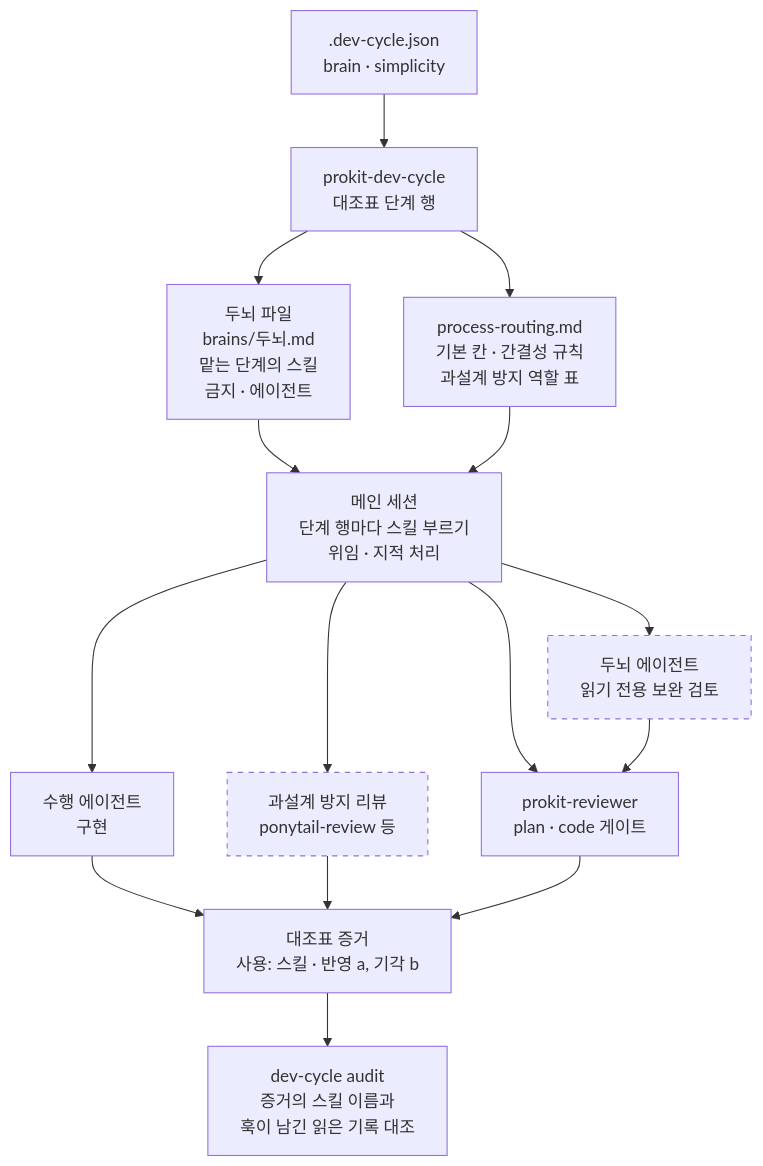
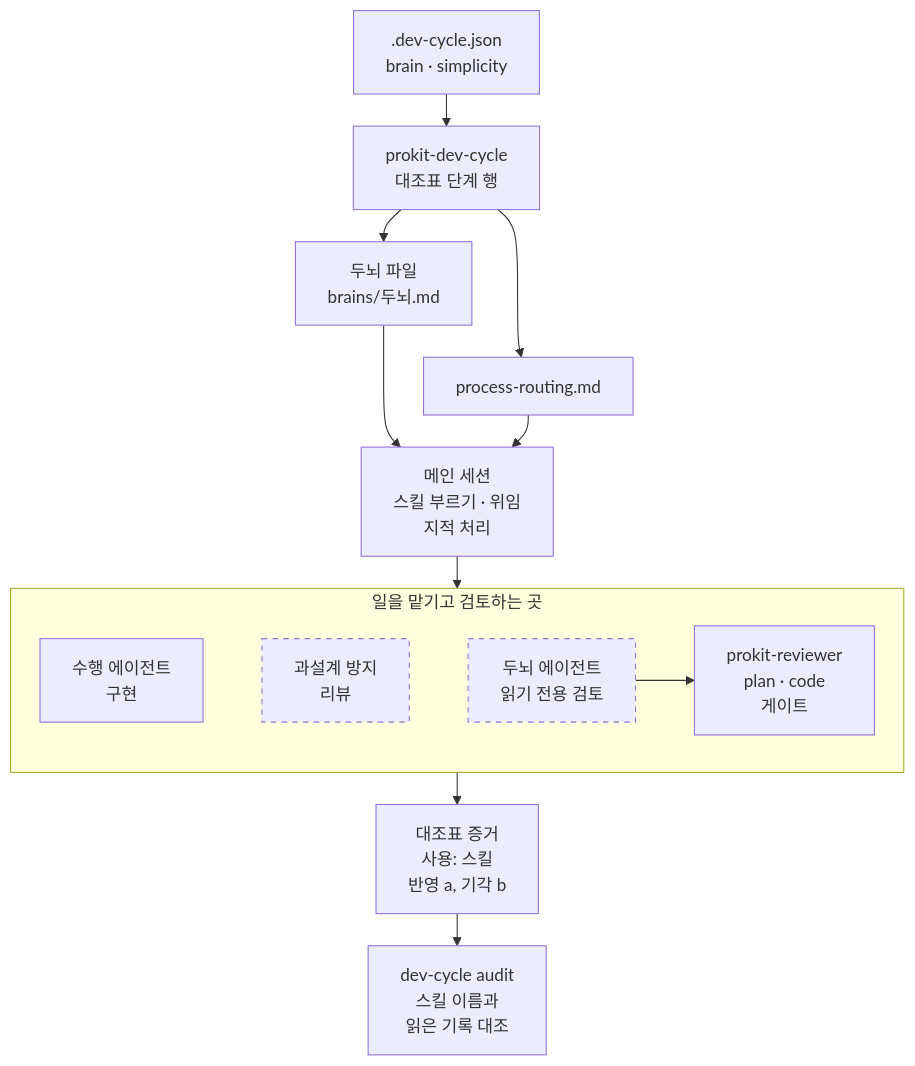
Before and after one commit to roadkwon-ai/pro-kit: the second of 12 diagrams in handbook/skills/brain-flow.md, drawn with Mermaid. The commit also changed other lines of this file and 26 other files, not shown here.

````diff
--- a/handbook/skills/brain-flow.md
+++ b/handbook/skills/brain-flow.md
@@ -39,24 +39,28 @@
 ```mermaid
 ---
 config:
   flowchart:
-    wrappingWidth: 190
+    wrappingWidth: 150
+    rankSpacing: 30
 ---
 flowchart TB
   CFG[".dev-cycle.json<br/>brain · simplicity"] --> DC["prokit-dev-cycle<br/>대조표 단계 행"]
-  DC --> BF["두뇌 파일<br/>brains/두뇌.md<br/>맡는 단계의 스킬<br/>금지 · 에이전트"]
-  DC --> PRT["process-routing.md<br/>기본 칸 · 간결성 규칙<br/>과설계 방지 역할 표"]
-  BF --> MAIN["메인 세션<br/>단계 행마다 스킬 부르기<br/>위임 · 지적 처리"]
+  DC --> BF["두뇌 파일<br/>brains/두뇌.md"]
+  DC --> PRT["process-routing.md"]
+  BF ~~~ PRT
+  BF --> MAIN["메인 세션<br/>스킬 부르기 · 위임<br/>지적 처리"]
   PRT --> MAIN
-  MAIN --> IMP["수행 에이전트<br/>구현"]
-  MAIN --> SIM["과설계 방지 리뷰<br/>ponytail-review 등"]
-  MAIN --> REV["prokit-reviewer<br/>plan · code 게이트"]
-  MAIN --> BA["두뇌 에이전트<br/>읽기 전용 보완 검토"]
-  BA --> REV
-  IMP --> EV["대조표 증거<br/>사용: 스킬 · 반영 a, 기각 b"]
-  SIM --> EV
-  REV --> EV
-  EV --> AU["dev-cycle audit<br/>증거의 스킬 이름과<br/>훅이 남긴 읽은 기록 대조"]
+  MAIN --> W
+  subgraph W["일을 맡기고 검토하는 곳"]
+    IMP["수행 에이전트<br/>구현"]
+    SIM["과설계 방지<br/>리뷰"]
+    BA["두뇌 에이전트<br/>읽기 전용 검토"]
+    REV["prokit-reviewer<br/>plan · code<br/>게이트"]
+    IMP ~~~ SIM ~~~ BA
+    BA --> REV
+  end
+  W --> EV["대조표 증거<br/>사용: 스킬<br/>반영 a, 기각 b"]
+  EV --> AU["dev-cycle audit<br/>스킬 이름과<br/>읽은 기록 대조"]
   classDef opt stroke-dasharray: 5 5
   class SIM,BA opt
 ```
````
